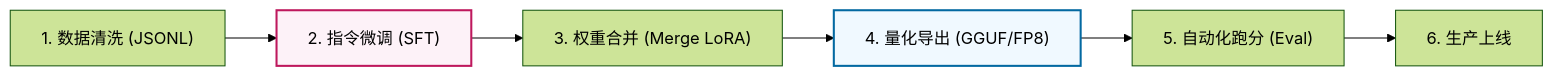
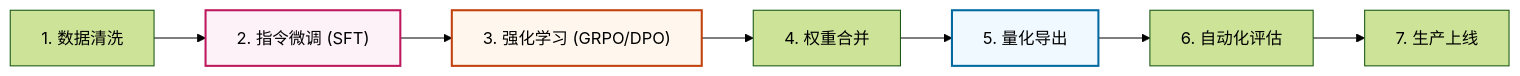
Diagram 31 of 33 in doc/AI_Knowledge_Roadmap.md (wangchong2023/lang-chain-graph), drawn with Mermaid (forest theme) before and after one commit. The commit also changed other lines of this file, not shown here.

Commit message:
docs: update AI knowledge roadmap with new learning resources and milestones

````diff
--- a/doc/AI_Knowledge_Roadmap.md
+++ b/doc/AI_Knowledge_Roadmap.md
@@ -1603,11 +1664,13 @@
 ```mermaid
 graph LR
-    Data["1. 数据清洗 (JSONL)"] --> SFT["2. 指令微调 (SFT)"]
-    SFT --> Merge["3. 权重合并 (Merge LoRA)"]
-    Merge --> Quant["4. 量化导出 (GGUF/FP8)"]
-    Quant --> Eval["5. 自动化跑分 (Eval)"]
-    Eval --> Deploy["6. 生产上线"]
+    Data["1. 数据清洗"] --> SFT["2. 指令微调 (SFT)"]
+    SFT --> RL["3. 强化学习 (GRPO/DPO)"]
+    RL --> Merge["4. 权重合并"]
+    Merge --> Quant["5. 量化导出"]
+    Quant --> Eval["6. 自动化评估"]
+    Eval --> Deploy["7. 生产上线"]
     
     style SFT fill:#fdf2f8,stroke:#be185d,stroke-width:2px
+    style RL fill:#fff7ed,stroke:#c2410c,stroke-width:2px
     style Quant fill:#f0f9ff,stroke:#0369a1,stroke-width:2px
 ```
````
